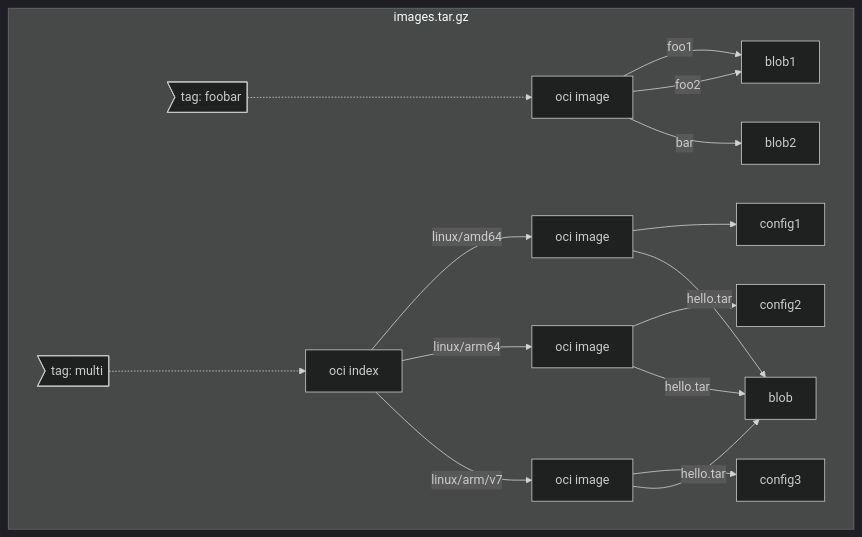
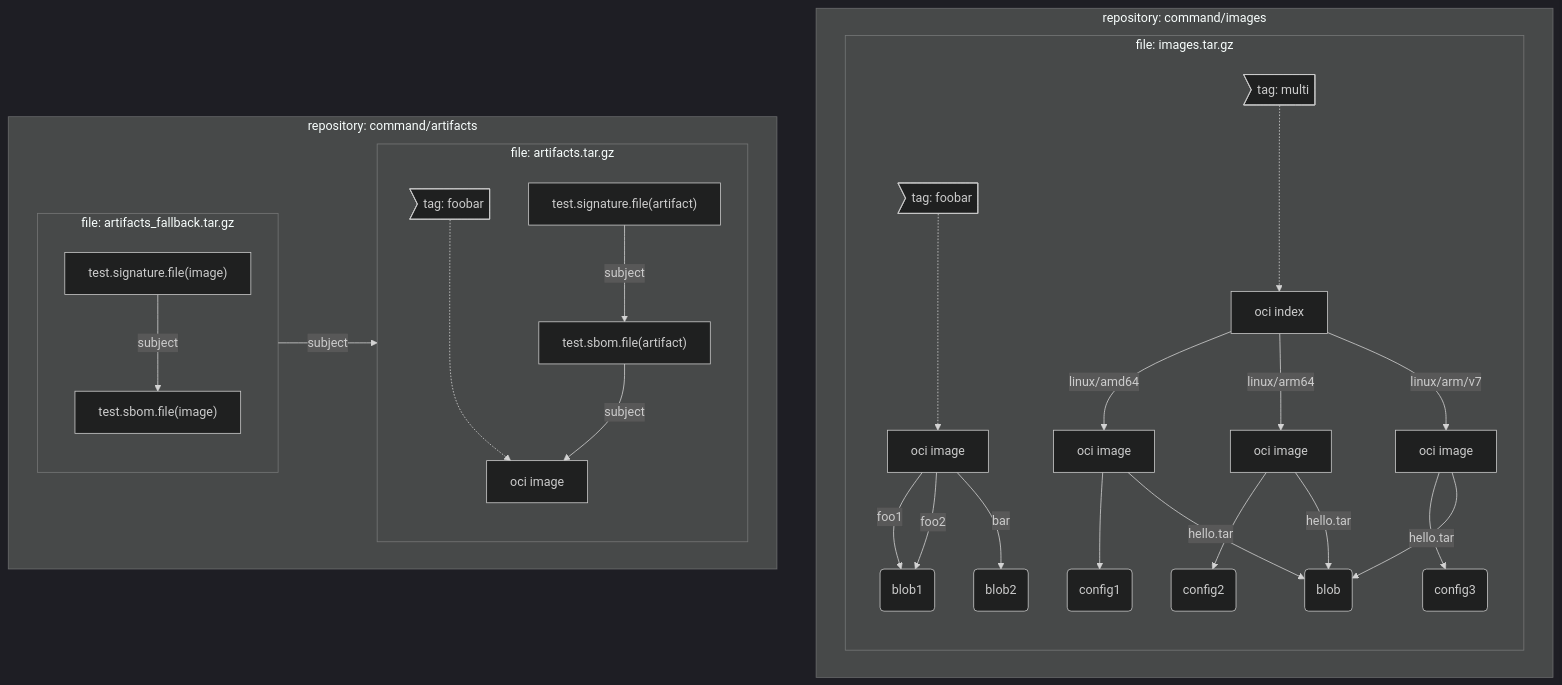
One commit to oras-project/oras changed the first of 2 diagrams in test/e2e/README.md. Above: the diagram before and after it, drawn with Mermaid (dark theme). The commit also changed other lines of this file and 3 other files, not shown here.

Commit message:
add test data for fallback registry

````diff
--- a/test/e2e/README.md
+++ b/test/e2e/README.md
@@ -100,20 +105,39 @@
 ```mermaid
 graph TD;
-    subgraph images.tar.gz
-    A0>tag: multi]-..->A1[oci index]
-    A1--linux/amd64-->A2[oci image]
-    A1--linux/arm64-->A3[oci image]
-    A1--linux/arm/v7-->A4[oci image]
-    A2-->A5[config1]
-    A3-->A6[config2]
-    A4-->A7[config3]
-    A2-- hello.tar -->A8[blob]
-    A3-- hello.tar -->A8[blob]
-    A4-- hello.tar -->A8[blob]
+    subgraph "repository: command/images"
+        subgraph "file: images.tar.gz"
+            direction TB
+            A0>tag: multi]-..->A1[oci index]
+            A1--linux/amd64-->A2[oci image]
+            A1--linux/arm64-->A3[oci image]
+            A1--linux/arm/v7-->A4[oci image]
+            A2-->A5(config1)
+            A3-->A6(config2)
+            A4-->A7(config3)
+            A2-- hello.tar -->A8(blob)
+            A3-- hello.tar -->A8(blob)
+            A4-- hello.tar -->A8(blob)
 
-    B0>tag: foobar]-..->B1[oci image]
-    B1-- foo1 -->B2[blob1]
-    B1-- foo2 -->B2[blob1]
-    B1-- bar -->B3[blob2]
+            B0>tag: foobar]-..->B1[oci image]
+            B1-- foo1 -->B2(blob1)
+            B1-- foo2 -->B2(blob1)
+            B1-- bar -->B3(blob2)
+        end
+    end
+    
+    subgraph "repository: command/artifacts"
+        subgraph "file: artifacts.tar.gz"
+            direction TB
+            C0>tag: foobar]-..->C1[oci image]
+            
+            direction TB
+            E1["test.sbom.file(artifact)"] -- subject --> C1
+            E2["test.signature.file(artifact)"] -- subject --> E1
+        end
+        subgraph "file: artifacts_fallback.tar.gz"
+            direction TB
+            D1["test.sbom.file(image)"] -- subject --> C1
+            D2["test.signature.file(image)"] -- subject --> D1
+        end
     end
 ```
````
